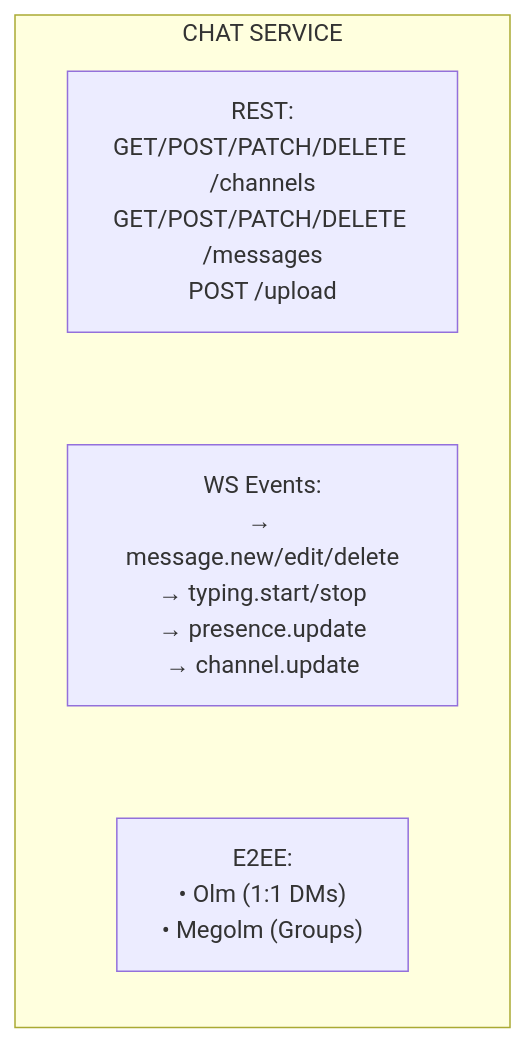
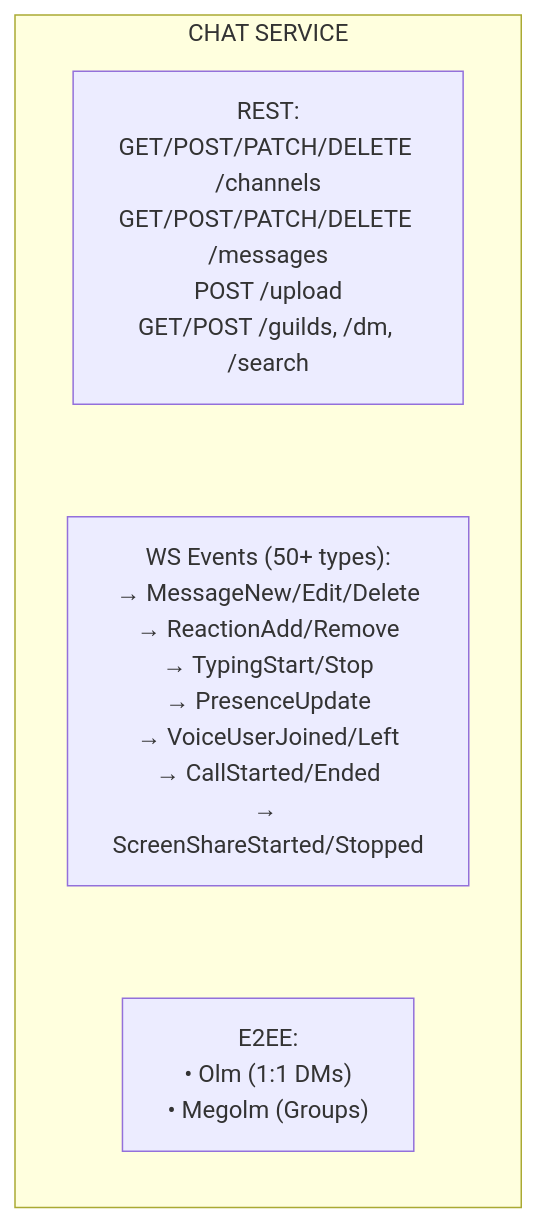
The third of 9 diagrams in docs/developer-guide/architecture/overview.md (Detair/kaiku), drawn with Mermaid before and after one commit. The commit also changed other lines of this file and 9 other files, not shown here.

First line of the commit message:
docs: fix documentation inconsistencies and update diagrams (#308)

````diff
--- a/docs/developer-guide/architecture/overview.md
+++ b/docs/developer-guide/architecture/overview.md
@@ -134,11 +148,11 @@
 ```mermaid
 flowchart TD
     subgraph Chat [CHAT SERVICE]
         direction TB
-        R1["REST:\nGET/POST/PATCH/DELETE /channels\nGET/POST/PATCH/DELETE /messages\nPOST /upload"]
-        W1["WS Events:\n→ message.new/edit/delete\n→ typing.start/stop\n→ presence.update\n→ channel.update"]
+        R1["REST:\nGET/POST/PATCH/DELETE /channels\nGET/POST/PATCH/DELETE /messages\nPOST /upload\nGET/POST /guilds, /dm, /search"]
+        W1["WS Events (50+ types):\n→ MessageNew/Edit/Delete\n→ ReactionAdd/Remove\n→ TypingStart/Stop\n→ PresenceUpdate\n→ VoiceUserJoined/Left\n→ CallStarted/Ended\n→ ScreenShareStarted/Stopped"]
         E1["E2EE:\n• Olm (1:1 DMs)\n• Megolm (Groups)"]
-        
+
         R1 ~~~ W1 ~~~ E1
     end
 ```
````
